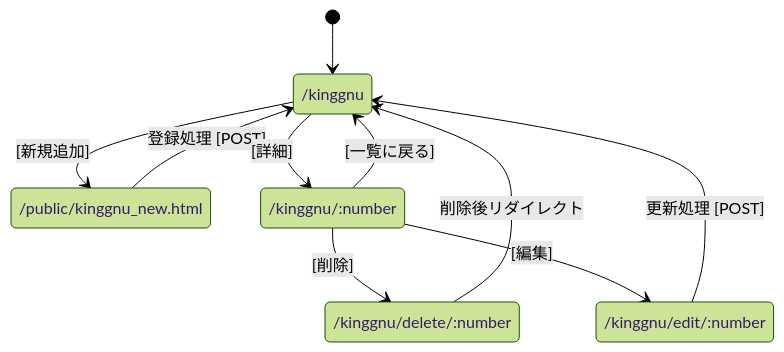
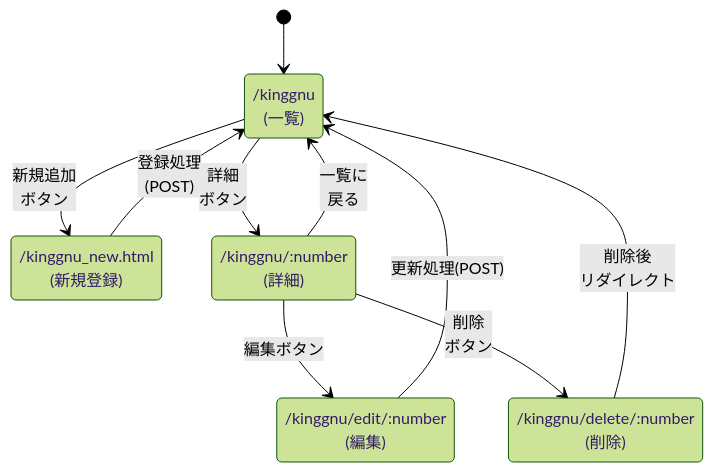
Before and after one commit to tosi770/webpro_06: the second of 4 diagrams in spec.md, drawn with Mermaid (forest theme). The commit also changed other lines of this file and 2 other files, not shown here.

Commit message:
遷移図の作成

````diff
--- a/spec.md
+++ b/spec.md
@@ -20,18 +24,24 @@
 ```mermaid
 stateDiagram-v2
-    state "/kinggnu" as List
-    state "/public/kinggnu_new.html" as NewForm
-    state "/kinggnu/:number" as Detail
-    state "/kinggnu/edit/:number" as Edit
-    state "/kinggnu/delete/:number" as Delete
+    direction TB
+
+    state "/kinggnu<br/>(一覧)" as List
+    state "/kinggnu_new.html<br/>(新規登録)" as NewForm
+    state "/kinggnu/:number<br/>(詳細)" as Detail
+    state "/kinggnu/edit/:number<br/>(編集)" as Edit
+    state "/kinggnu/delete/:number<br/>(削除)" as Delete
 
     [*] --> List
-    List --> NewForm: [新規追加]
-    NewForm --> List: 登録処理 [POST]
-    List --> Detail: [詳細]
-    Detail --> List: [一覧に戻る]
-    Detail --> Delete: [削除]
-    Delete --> List: 削除後リダイレクト
-    Detail --> Edit: [編集]
-    Edit --> List: 更新処理 [POST]
+
+    List --> NewForm : 新規追加<br/>ボタン
+    NewForm --> List : 登録処理<br/>(POST)
+
+    List --> Detail : 詳細<br/>ボタン
+    Detail --> List : 一覧に<br/>戻る
+
+    Detail --> Edit : 編集ボタン
+    Edit --> List : 更新処理(POST)
+
+    Detail --> Delete : 削除<br/>ボタン
+    Delete --> List : 削除後<br/>リダイレクト
 ```
````
